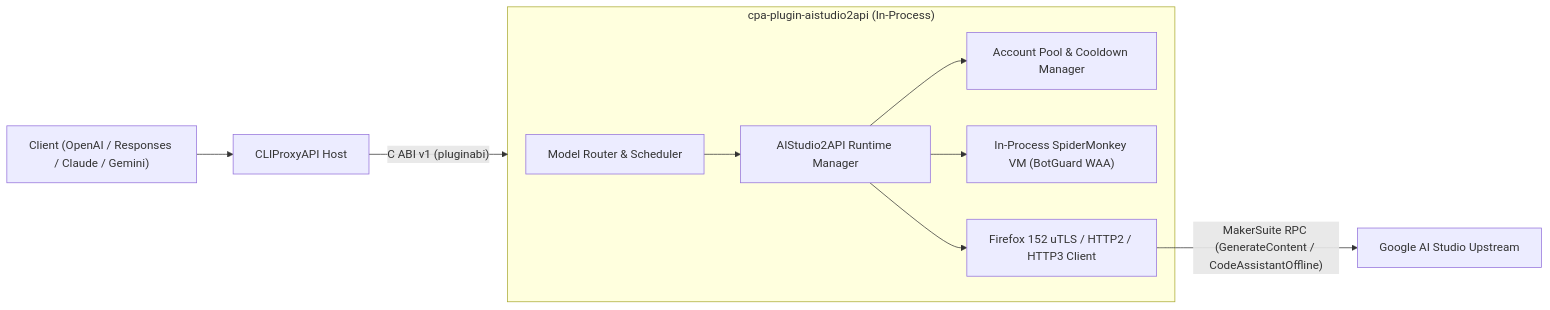
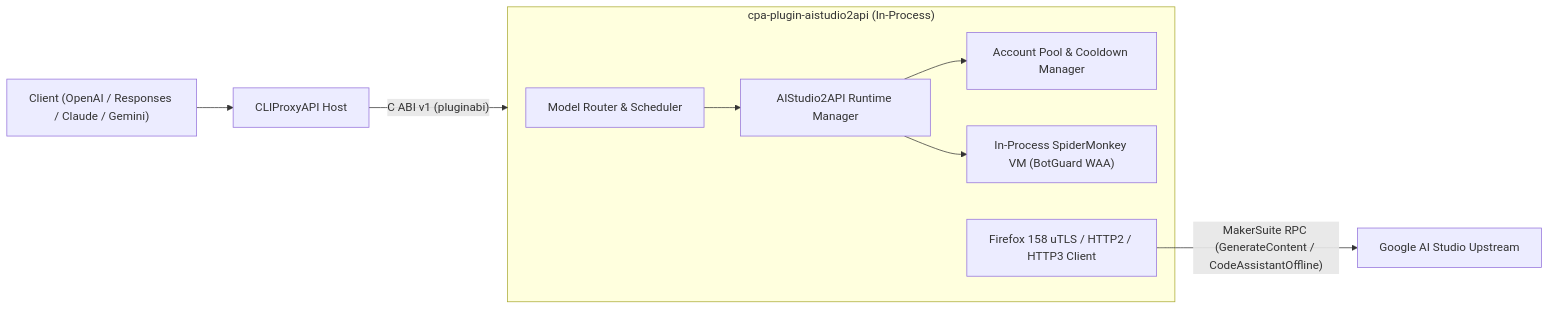
One commit to jianli9158/cpa-plugin-aistudio2api changed the diagram in README.md. Above: the diagram before and after it, drawn with Mermaid. The commit also changed other lines of this file and 82 other files, not shown here.

````diff
--- a/README.md
+++ b/README.md
@@ -46,12 +46,12 @@
 ```mermaid
 flowchart LR
     Client["Client (OpenAI / Responses / Claude / Gemini)"] --> CPA["CLIProxyAPI Host"]
     CPA -->|"C ABI v1 (pluginabi)"| Plugin["aistudio2api.{dylib,so,dll}"]
     subgraph Plugin["cpa-plugin-aistudio2api (In-Process)"]
         Router["Model Router & Scheduler"] --> Runtime["AIStudio2API Runtime Manager"]
         Runtime --> Pool["Account Pool & Cooldown Manager"]
         Runtime --> SM["In-Process SpiderMonkey VM (BotGuard WAA)"]
-        Runtime --> UTLS["Firefox 152 uTLS / HTTP2 / HTTP3 Client"]
+        UTLS["Firefox 158 uTLS / HTTP2 / HTTP3 Client"]
     end
     UTLS -->|"MakerSuite RPC (GenerateContent / CodeAssistantOffline)"| Google["Google AI Studio Upstream"]
 ```
````
